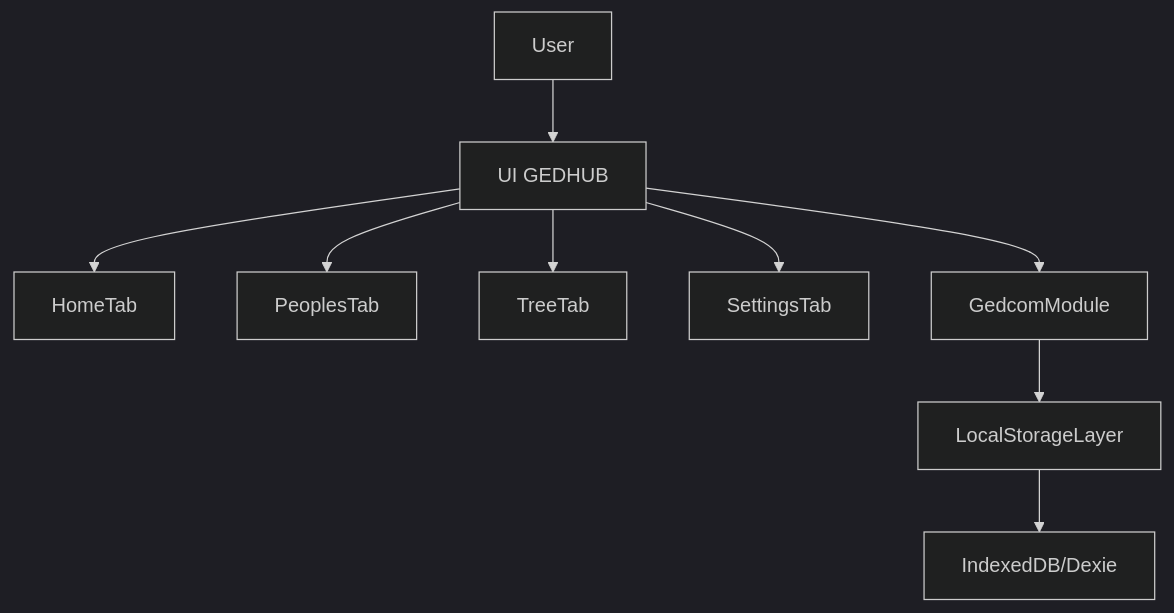
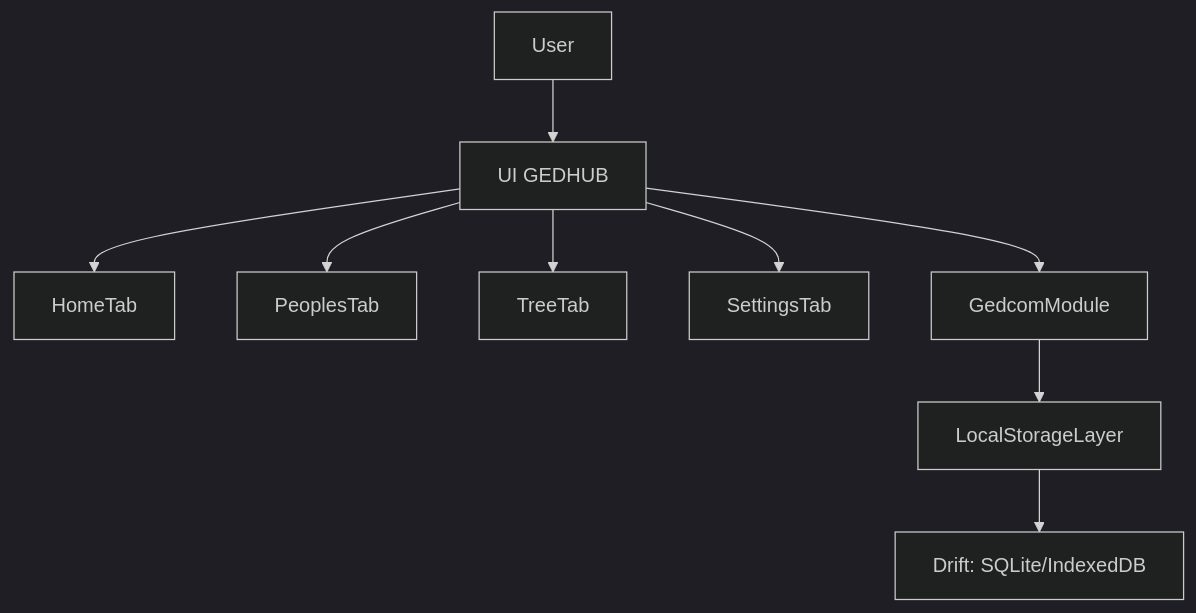
One commit to cacing69/gedhub changed the diagram in GEDHUB.md. Above: the diagram before and after it, drawn with Mermaid (dark theme). The commit also changed other lines of this file and 68 other files, not shown here.

````diff
--- a/GEDHUB.md
+++ b/GEDHUB.md
@@ -161,12 +212,12 @@
 ```mermaid
 flowchart TD
   user[User] --> ui["UI GEDHUB"]
   ui --> homeTab[HomeTab]
   ui --> peoplesTab[PeoplesTab]
   ui --> treeTab[TreeTab]
   ui --> settingsTab[SettingsTab]
 
   ui --> gedcomModule[GedcomModule]
   gedcomModule --> storage[LocalStorageLayer]
-  storage --> indexedDb[IndexedDB/Dexie]
+  storage --> db[Drift: SQLite/IndexedDB]
 ```
````
